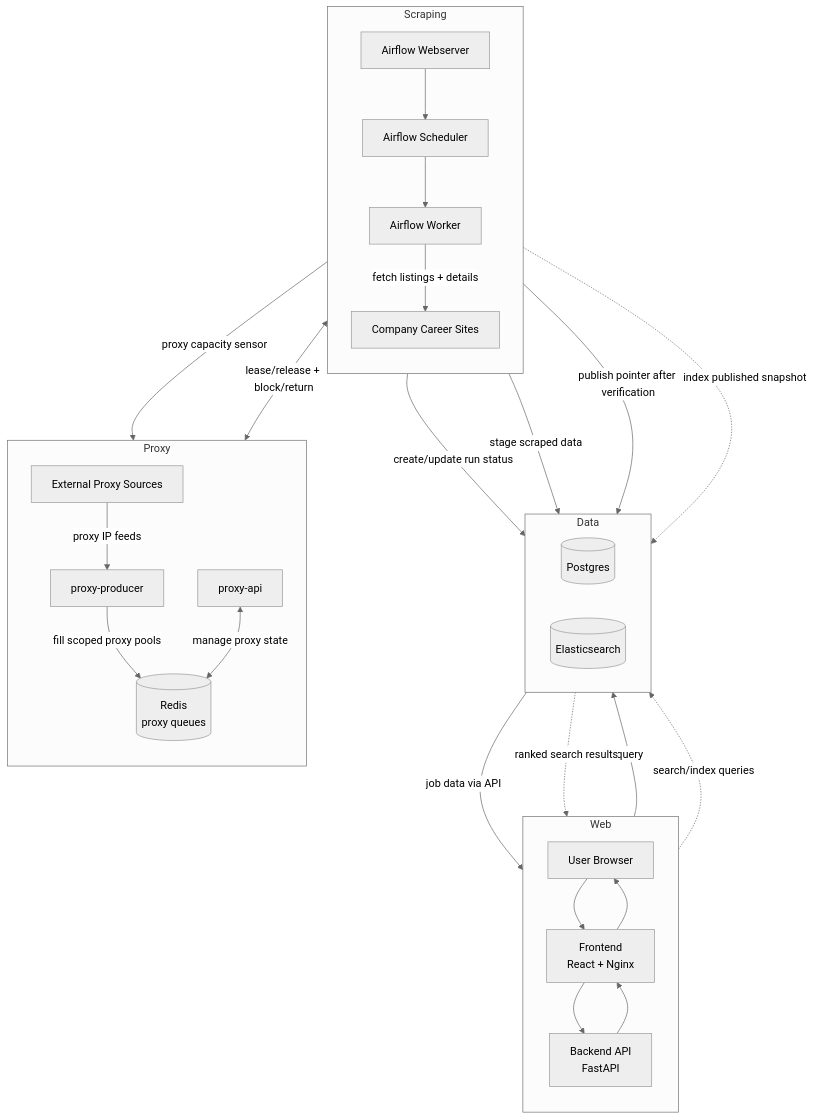
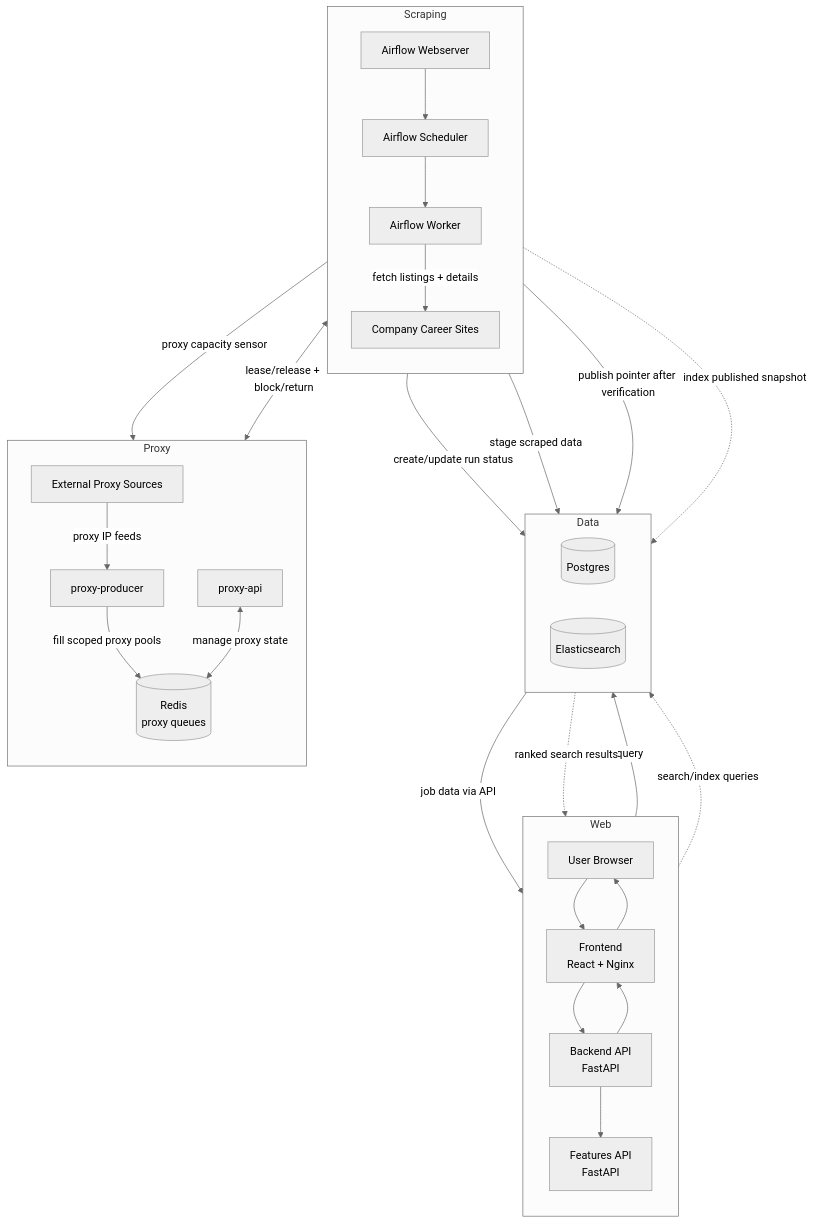
Before and after one commit to byue/JobSearch: the diagram in README.md, drawn with Mermaid (neutral theme). The commit also changed other lines of this file and 59 other files, not shown here.

````diff
--- a/README.md
+++ b/README.md
@@ -48,73 +50,76 @@
 ```mermaid
 flowchart TB
     U[User Browser]
     FE[Frontend<br/>React + Nginx]
     BE[Backend API<br/>FastAPI]
+    FS[Features API<br/>FastAPI]
 
     AF_UI[Airflow Webserver]
     AF_SCH[Airflow Scheduler]
     SCR[Airflow Worker]
     SRC[Company Career Sites]
 
     PP[proxy-producer]
     PA[proxy-api]
     R[(Redis<br/>proxy queues)]
     PX[External Proxy Sources]
 
     DB[(Postgres)]
     ES[(Elasticsearch)]
 
     subgraph Data
         direction LR
         ES
         DB
     end
 
     subgraph Web
         direction TB
         U
         FE
         BE
+        FS
     end
 
     subgraph Proxy
         direction TB
         PX
         PP
         PA
         R
     end
 
     subgraph Scraping
         direction TB
         AF_UI
         AF_SCH
         SCR
         SRC
     end
 
     U --> FE
     FE --> BE
+    BE --> FS
     BE -->|query| DB
     DB -->|job data via API| BE
     BE -.->|search/index queries| ES
     ES -.->|ranked search results| BE
     BE --> FE
     FE --> U
 
     AF_UI --> AF_SCH
     AF_SCH --> SCR
     SCR -->|fetch listings + details| SRC
     PA <--> |lease/release + block/return| SCR
 
     PX -->|proxy IP feeds| PP
     PP -->|fill scoped proxy pools| R
     PA <--> |manage proxy state| R
     AF_SCH -->|proxy capacity sensor| PA
 
     AF_SCH -->|create/update run status| DB
     AF_SCH -->|stage scraped data| DB
     AF_SCH -->|publish pointer after verification| DB
     AF_SCH -.->|index published snapshot| ES
 
 ```
````
